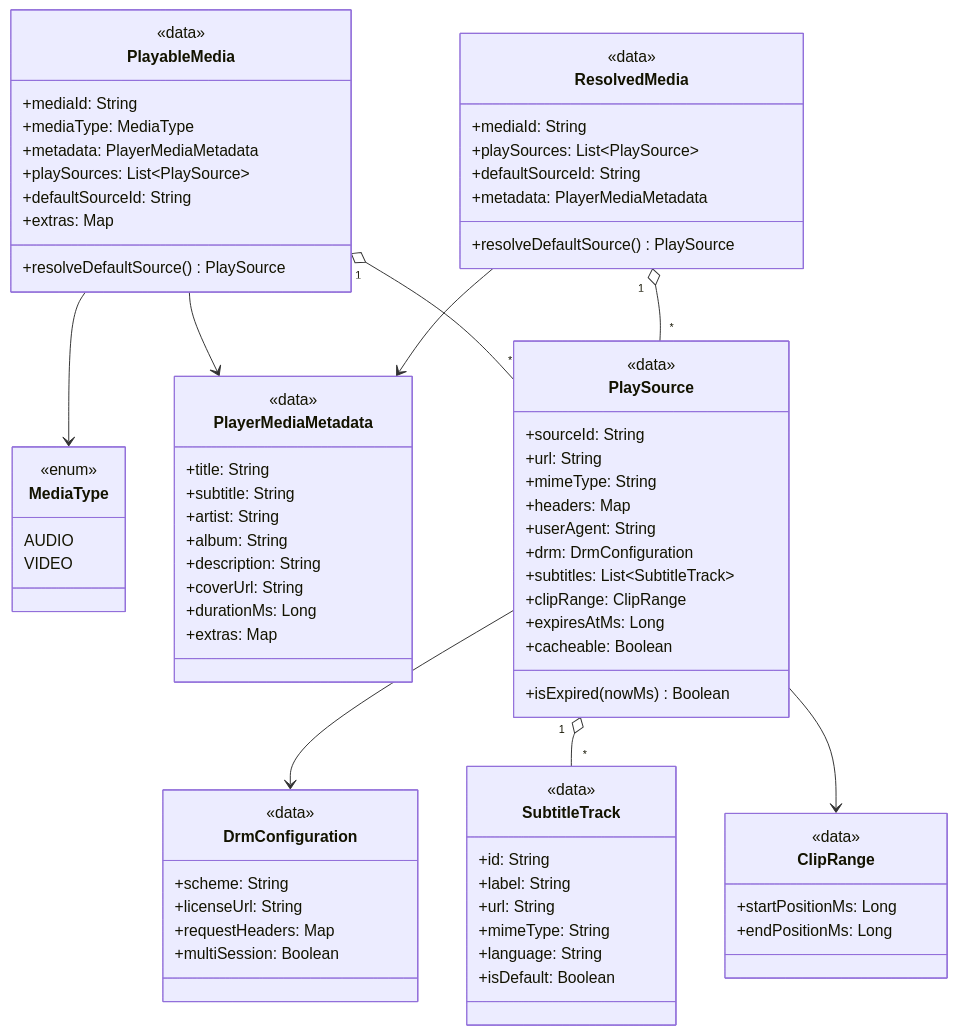
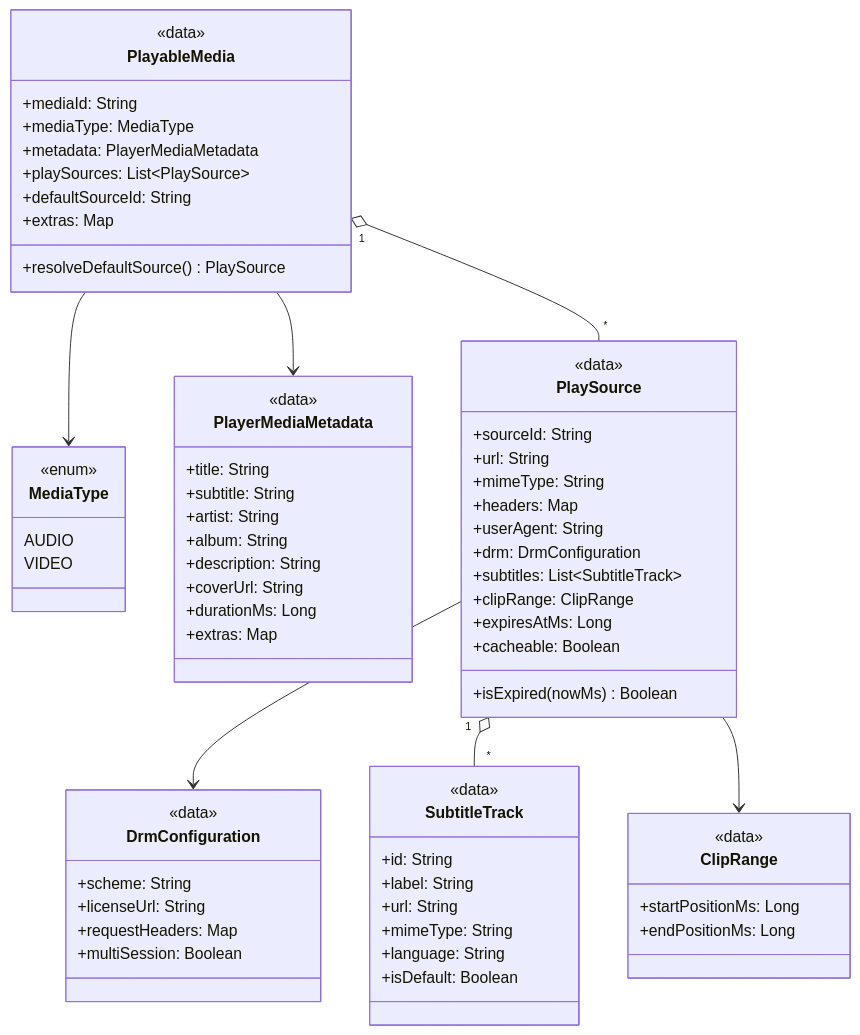
Before and after one commit to qinweiforandroid/QPlayer: the third of 4 diagrams in docs/ai/protocol-class-diagram.md, drawn with Mermaid. The commit also changed other lines of this file and 22 other files, not shown here.

````diff
--- a/docs/ai/protocol-class-diagram.md
+++ b/docs/ai/protocol-class-diagram.md
@@ -296,21 +295,10 @@
         +endPositionMs: Long
     }
 
-    class ResolvedMedia {
-        <<data>>
-        +mediaId: String
-        +playSources: List~PlaySource~
-        +defaultSourceId: String
-        +metadata: PlayerMediaMetadata
-        +resolveDefaultSource() PlaySource
-    }
-
     PlayableMedia --> MediaType
     PlayableMedia --> PlayerMediaMetadata
     PlayableMedia "1" o-- "*" PlaySource
     PlaySource --> DrmConfiguration
     PlaySource "1" o-- "*" SubtitleTrack
     PlaySource --> ClipRange
-    ResolvedMedia "1" o-- "*" PlaySource
-    ResolvedMedia --> PlayerMediaMetadata
 ```
````
